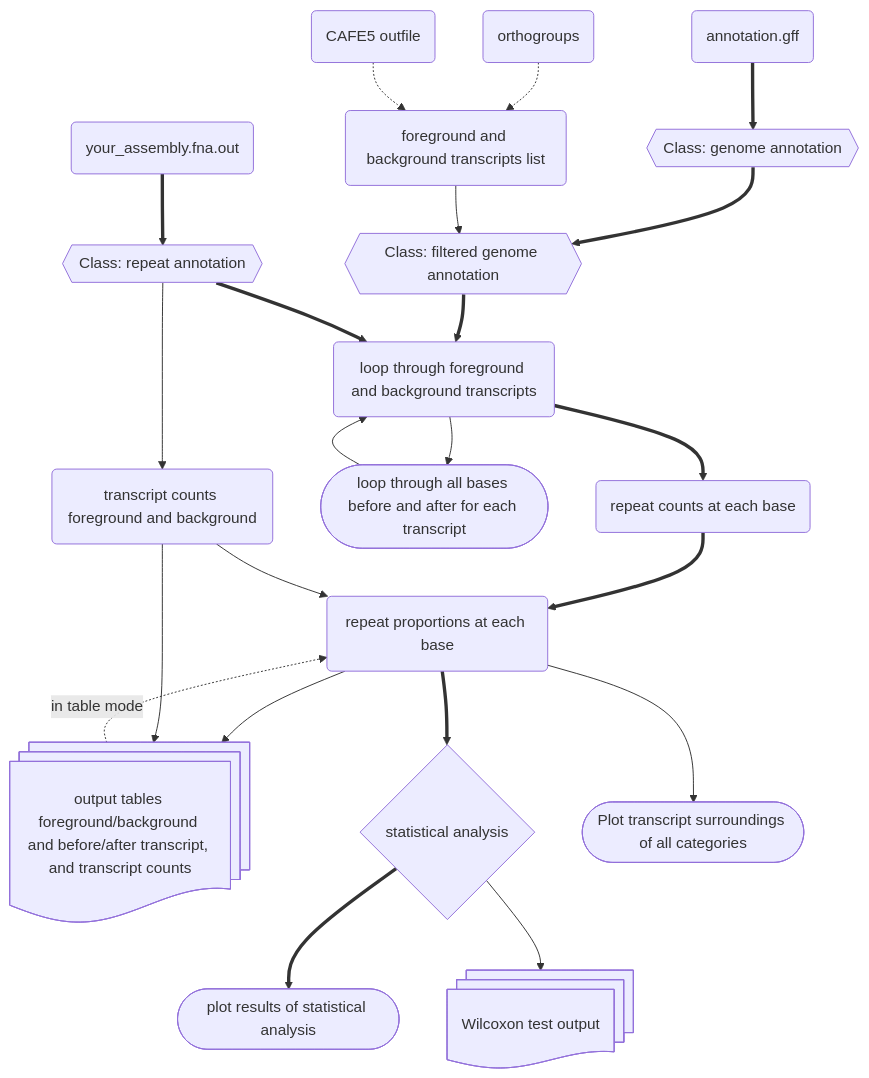
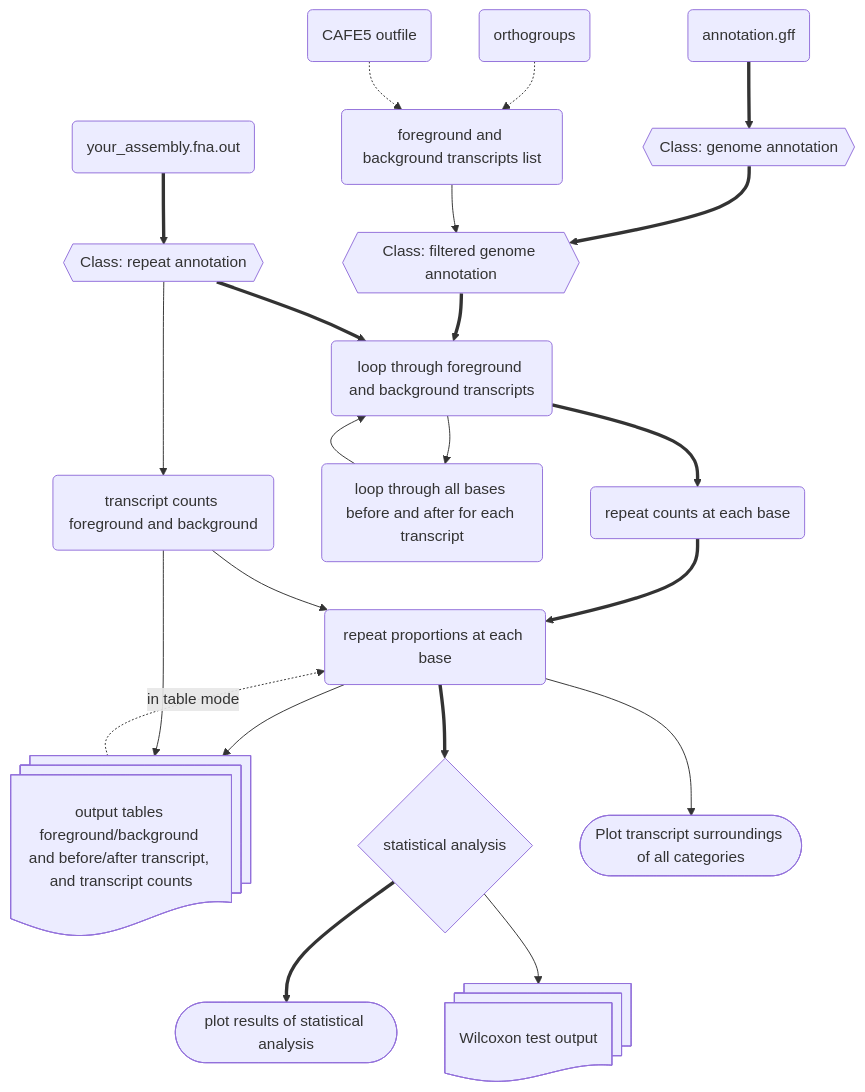
One commit to milena-t/ReVis changed the second of 2 diagrams in README.md. Above: the diagram before and after it, drawn with Mermaid.

Commit message:
update mermaid

````diff
--- a/README.md
+++ b/README.md
@@ -269,39 +269,39 @@
 ```mermaid
 graph TD;
     infile_out(your_assembly.fna.out);
     infile_out ==> rep_annot{{Class: repeat annotation}};
     rep_annot --> tr_count(transcript counts foreground and background);
 
     infile_annot(annotation.gff);
     infile_annot ==> gene_annot{{Class: genome annotation}};
 
     OGs(orthogroups);
     CAFE(CAFE5 outfile);
 
     OGs -.-> tr_list(foreground and background transcripts list);
     CAFE -.-> tr_list
 
     gene_annot ==> filt_gene_annot{{Class: filtered genome annotation}};
     tr_list --> filt_gene_annot
     
     filt_gene_annot ==> loop_tr(loop through foreground and background transcripts);
     rep_annot ==> loop_tr
-    loop_bp([loop through all bases before and after for each transcript]);
+    loop_bp(loop through all bases before and after for each transcript);
     loop_tr --> loop_bp
     loop_bp --> loop_tr
 
     loop_tr ==> rep_counts(repeat counts at each base);
     rep_counts ==> rep_prop(repeat proportions at each base);
     tr_count --> rep_prop
 
     rep_prop --> out_tab@{ shape: docs, label: "output tables foreground/background and before/after transcript, and transcript counts" };
     tr_count --> out_tab
 
     rep_prop ==> stats{statistical analysis};
     rep_prop --> plot_all([Plot transcript surroundings of all categories])
 
     stats ==> stats_out([plot results of statistical analysis]) 
     stats --> stats_tab@{ shape: docs, label: "Wilcoxon test output" };
 
     out_tab -. in table mode .-> rep_prop
 ```   
````
